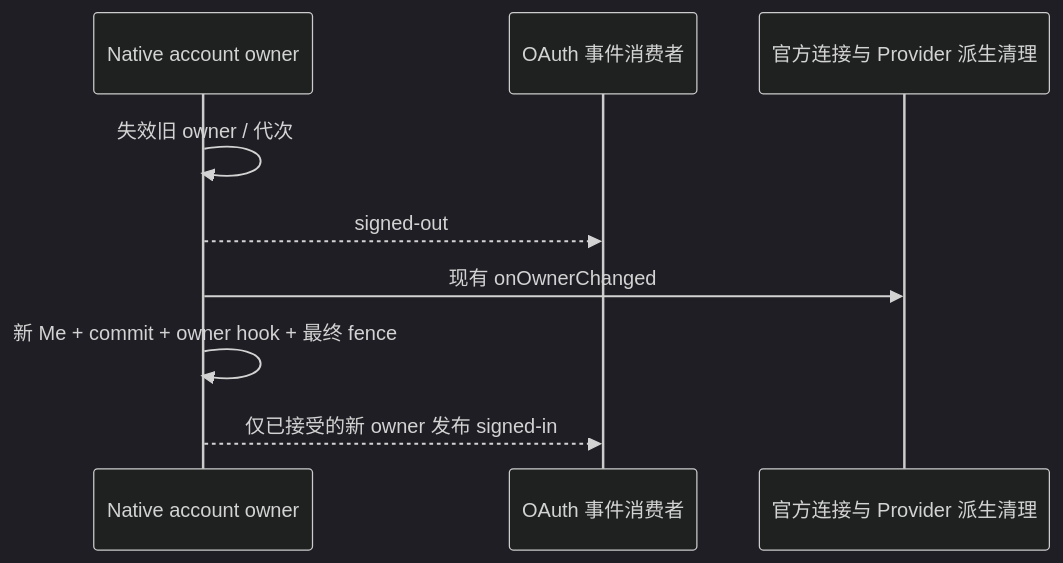
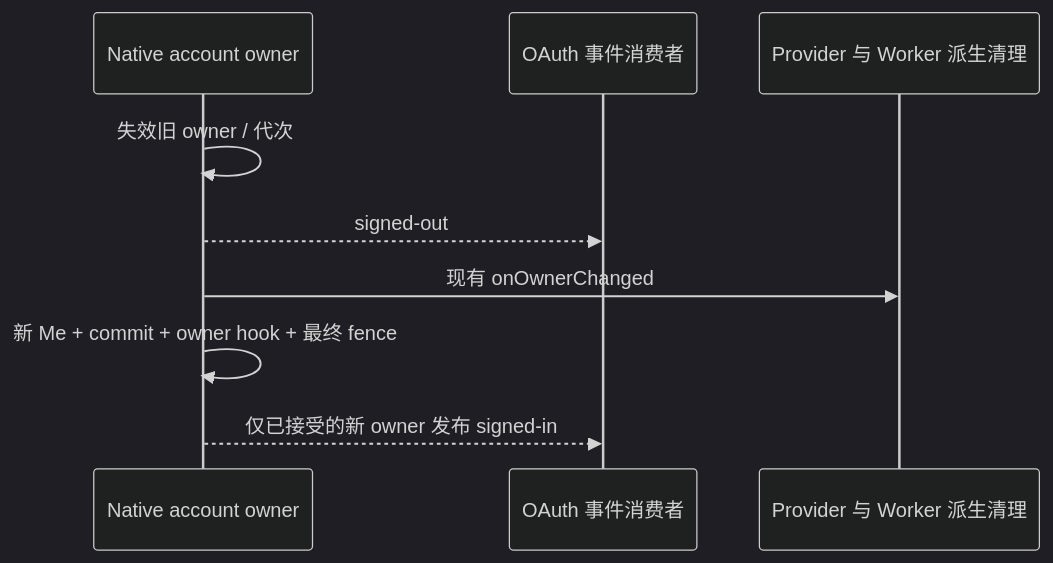
One commit to 978655242/aiscoo-resource changed the first of 5 diagrams in docs/aiscoo/specs/new-api-integration.md. Above: the diagram before and after it, drawn with Mermaid (dark theme). The commit also changed other lines of this file and 494 other files, not shown here.

````diff
--- a/docs/aiscoo/specs/new-api-integration.md
+++ b/docs/aiscoo/specs/new-api-integration.md
@@ -67,11 +67,11 @@
 ```mermaid
 sequenceDiagram
   participant A as Native account owner
   participant C as OAuth 事件消费者
-  participant D as 官方连接与 Provider 派生清理
+  participant D as Provider 与 Worker 派生清理
   A->>A: 失效旧 owner / 代次
   A-->>C: signed-out
   A->>D: 现有 onOwnerChanged
   A->>A: 新 Me + commit + owner hook + 最终 fence
   A-->>C: 仅已接受的新 owner 发布 signed-in
 ```
````
